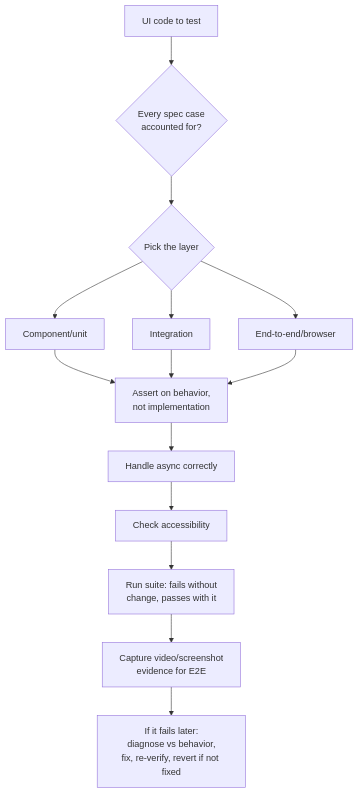
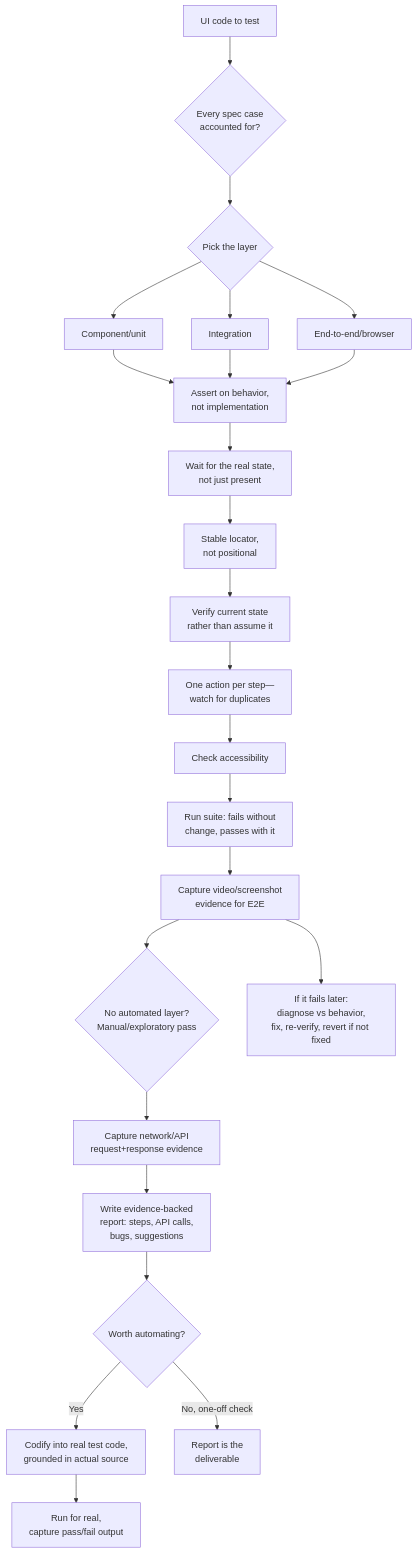
Before and after one commit to chiragmangaldev3112/agent-playbooks: the tenth of 38 diagrams in FLOWS.md, drawn with Mermaid. The commit also changed other lines of this file and 6 other files, not shown here.

First line of the commit message:
Sync docs for content 1.29.0: flows, examples, changelog, custom bots

````diff
--- a/FLOWS.md
+++ b/FLOWS.md
@@ -159,16 +169,26 @@
 ```mermaid
 flowchart TD
     A[UI code to test] --> A2{Every spec case\naccounted for?}
     A2 --> B{Pick the layer}
     B --> C[Component/unit]
     B --> D[Integration]
     B --> E[End-to-end/browser]
     C --> F[Assert on behavior,\nnot implementation]
     D --> F
     E --> F
-    F --> G[Handle async correctly]
-    G --> H[Check accessibility]
+    F --> G[Wait for the real state,\nnot just present]
+    G --> G2[Stable locator,\nnot positional]
+    G2 --> G3[Verify current state\nrather than assume it]
+    G3 --> G4[One action per step—\nwatch for duplicates]
+    G4 --> H[Check accessibility]
     H --> I[Run suite: fails without\nchange, passes with it]
     I --> J[Capture video/screenshot\nevidence for E2E]
-    J --> K[If it fails later:\ndiagnose vs behavior,\nfix, re-verify, revert if not fixed]
+    J --> K{No automated layer?\nManual/exploratory pass}
+    K --> L[Capture network/API\nrequest+response evidence]
+    L --> M[Write evidence-backed\nreport: steps, API calls,\nbugs, suggestions]
+    M --> N{Worth automating?}
+    N -->|Yes| O[Codify into real test code,\ngrounded in actual source]
+    N -->|No, one-off check| P[Report is the\ndeliverable]
+    O --> Q[Run for real,\ncapture pass/fail output]
+    J --> R[If it fails later:\ndiagnose vs behavior,\nfix, re-verify, revert if not fixed]
 ```
````
